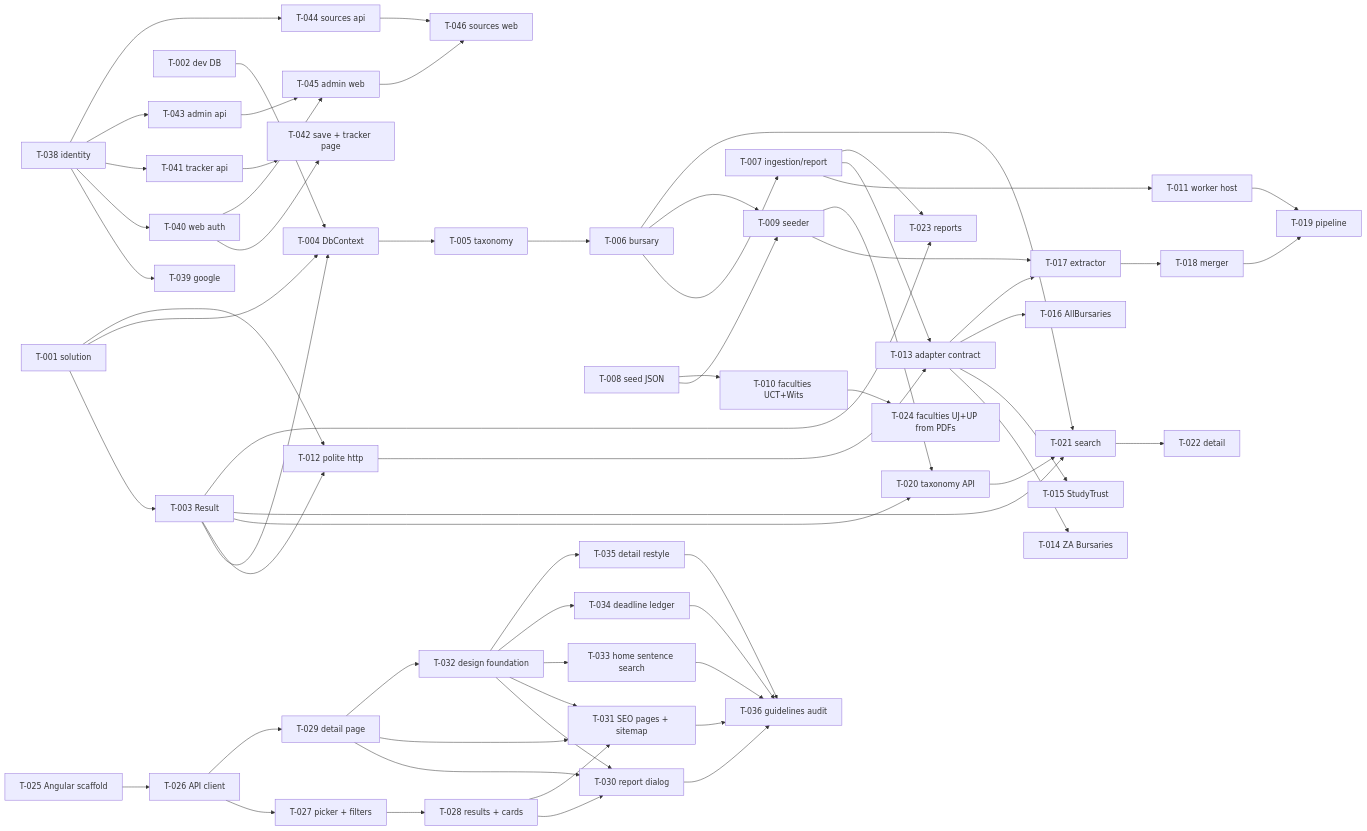
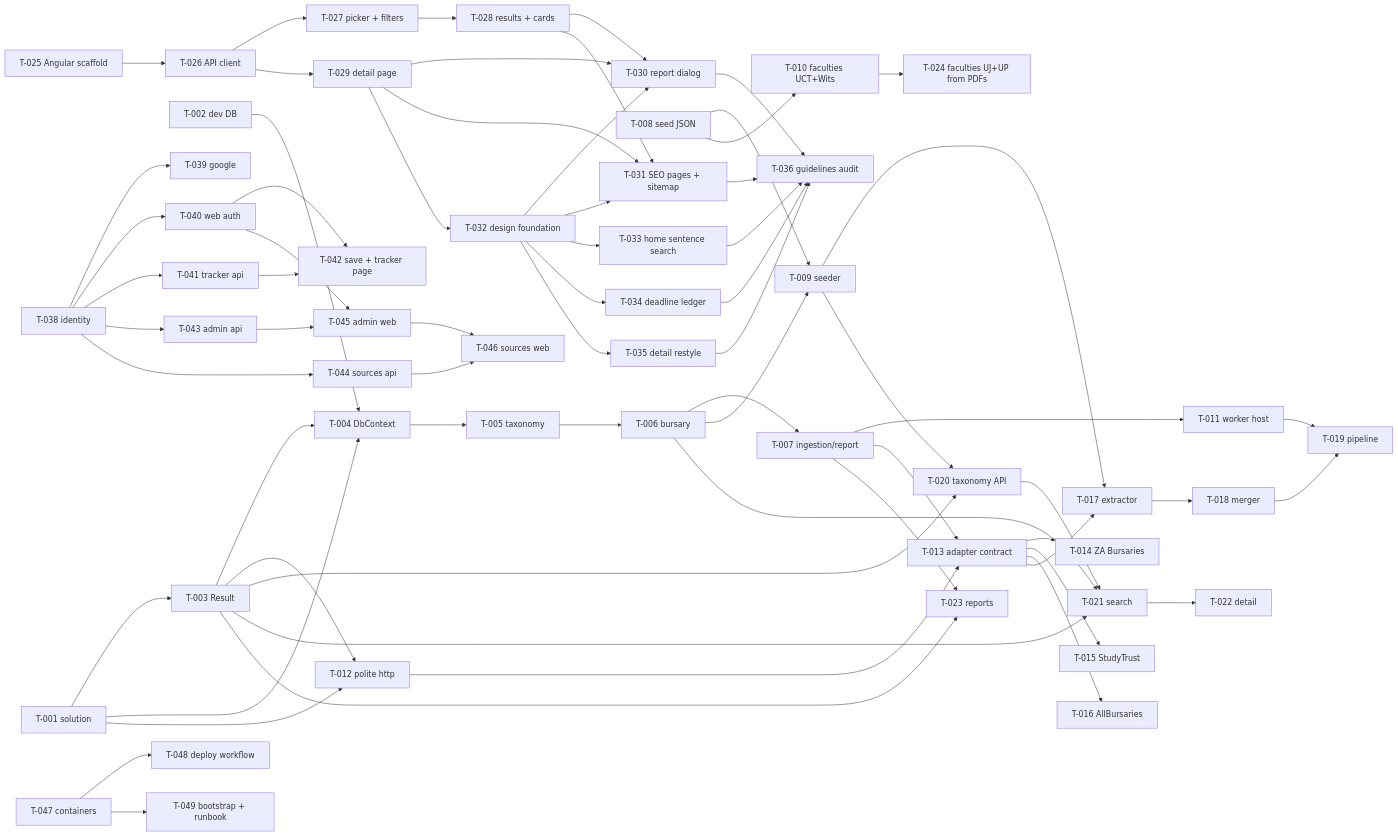
Before and after one commit to cssedi/getabursary: the diagram in tasks/README.md, drawn with Mermaid. The commit also changed other lines of this file and 4 other files, not shown here.

````diff
--- a/tasks/README.md
+++ b/tasks/README.md
@@ -27,65 +27,67 @@
 ```mermaid
 graph LR
   T001[T-001 solution] --> T003[T-003 Result]
   T001 --> T004[T-004 DbContext]
   T002[T-002 dev DB] --> T004
   T003 --> T004
   T004 --> T005[T-005 taxonomy]
   T005 --> T006[T-006 bursary]
   T006 --> T007[T-007 ingestion/report]
   T008[T-008 seed JSON] --> T009[T-009 seeder]
   T006 --> T009
   T008 --> T010[T-010 faculties UCT+Wits]
   T010 --> T024[T-024 faculties UJ+UP from PDFs]
   T007 --> T011[T-011 worker host]
   T001 --> T012[T-012 polite http]
   T003 --> T012
   T007 --> T013[T-013 adapter contract]
   T012 --> T013
   T013 --> T014[T-014 ZA Bursaries]
   T013 --> T015[T-015 StudyTrust]
   T013 --> T016[T-016 AllBursaries]
   T013 --> T017[T-017 extractor]
   T009 --> T017
   T017 --> T018[T-018 merger]
   T011 --> T019[T-019 pipeline]
   T018 --> T019
   T003 --> T020[T-020 taxonomy API]
   T009 --> T020
   T003 --> T021[T-021 search]
   T020 --> T021
   T006 --> T021
   T021 --> T022[T-022 detail]
   T003 --> T023[T-023 reports]
   T007 --> T023
   T025[T-025 Angular scaffold] --> T026[T-026 API client]
   T026 --> T027[T-027 picker + filters]
   T027 --> T028[T-028 results + cards]
   T026 --> T029[T-029 detail page]
   T028 --> T030[T-030 report dialog]
   T029 --> T030
   T028 --> T031[T-031 SEO pages + sitemap]
   T029 --> T031
   T029 --> T032[T-032 design foundation]
   T032 --> T030
   T032 --> T031
   T032 --> T033[T-033 home sentence search]
   T032 --> T034[T-034 deadline ledger]
   T032 --> T035[T-035 detail restyle]
   T030 --> T036[T-036 guidelines audit]
   T031 --> T036
   T033 --> T036
   T034 --> T036
   T035 --> T036
   T038[T-038 identity] --> T039[T-039 google]
   T038 --> T040[T-040 web auth]
   T038 --> T041[T-041 tracker api]
   T040 --> T042[T-042 save + tracker page]
   T041 --> T042
   T038 --> T043[T-043 admin api]
   T038 --> T044[T-044 sources api]
   T040 --> T045[T-045 admin web]
   T043 --> T045
   T044 --> T046[T-046 sources web]
   T045 --> T046
+  T047[T-047 containers] --> T048[T-048 deploy workflow]
+  T047 --> T049[T-049 bootstrap + runbook]
 ```
````
